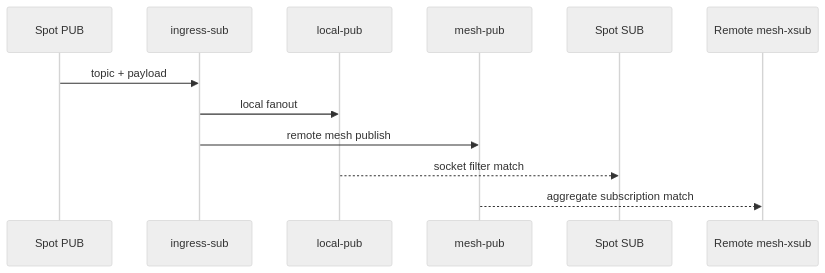
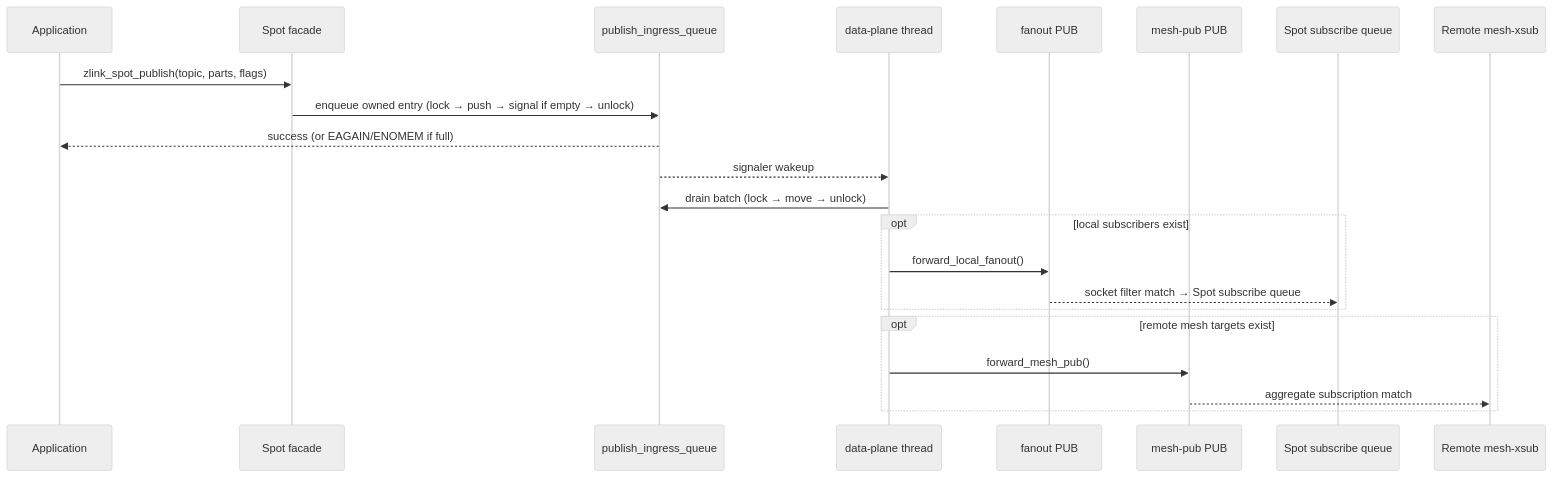
The third of 11 diagrams in doc/internals/spot-internals.md (kairos-code-dev/zlink), drawn with Mermaid (neutral theme) before and after one commit. The commit also changed other lines of this file and 25 other files, not shown here.

Commit message:
Implement spot publish ingress data plane

````diff
--- a/doc/internals/spot-internals.md
+++ b/doc/internals/spot-internals.md
@@ -171,15 +193,25 @@
 ```mermaid
 sequenceDiagram
-    participant Pub as Spot PUB
-    participant In as ingress-sub
-    participant Local as local-pub
-    participant Mesh as mesh-pub
-    participant Sub as Spot SUB
+    participant App as Application
+    participant Spot as Spot facade
+    participant Q as publish_ingress_queue
+    participant DP as data-plane thread
+    participant Local as fanout PUB
+    participant Mesh as mesh-pub PUB
+    participant Sub as Spot subscribe queue
     participant Peer as Remote mesh-xsub
 
-    Pub->>In: topic + payload
-    In->>Local: local fanout
-    In->>Mesh: remote mesh publish
-    Local-->>Sub: socket filter match
-    Mesh-->>Peer: aggregate subscription match
+    App->>Spot: zlink_spot_publish(topic, parts, flags)
+    Spot->>Q: enqueue owned entry (lock → push → signal if empty → unlock)
+    Q-->>App: success (or EAGAIN/ENOMEM if full)
+    Q-->>DP: signaler wakeup
+    DP->>Q: drain batch (lock → move → unlock)
+    opt local subscribers exist
+        DP->>Local: forward_local_fanout()
+        Local-->>Sub: socket filter match → Spot subscribe queue
+    end
+    opt remote mesh targets exist
+        DP->>Mesh: forward_mesh_pub()
+        Mesh-->>Peer: aggregate subscription match
+    end
 ```
````
